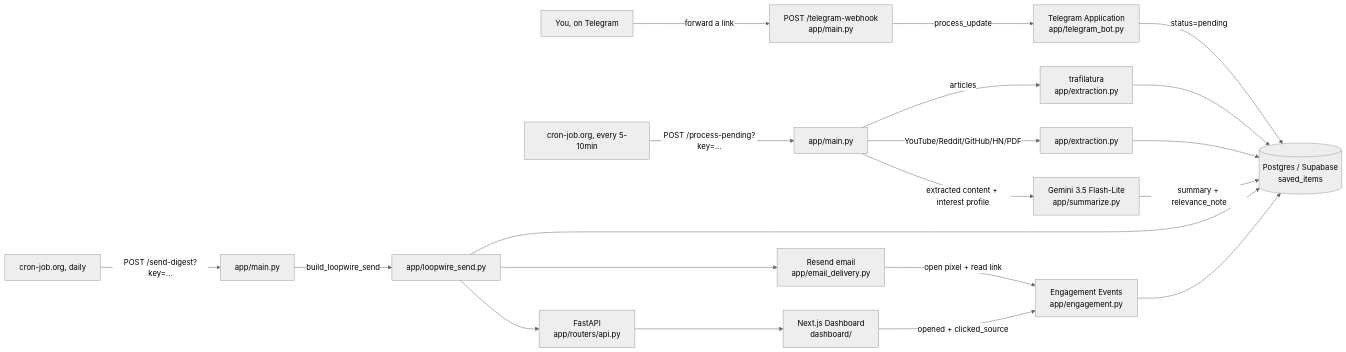
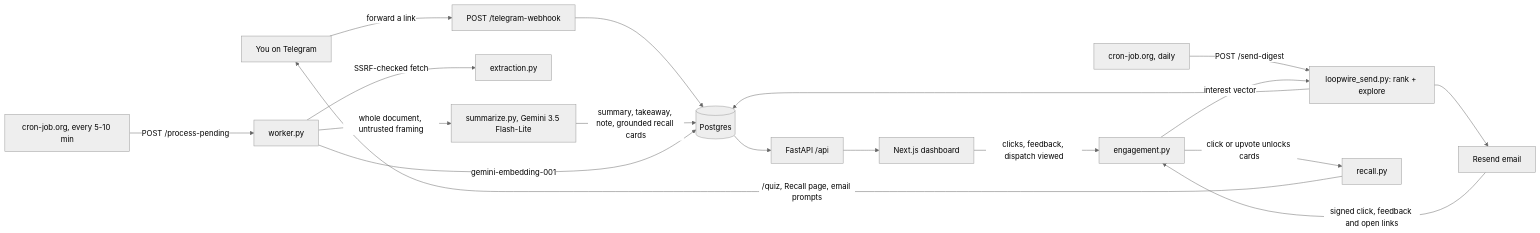
One commit to het2576/LoopWire changed the diagram in README.md. Above: the diagram before and after it, drawn with Mermaid (neutral theme). The commit also changed other lines of this file and 7 other files, not shown here.

````diff
--- a/README.md
+++ b/README.md
@@ -182,25 +250,22 @@
 ```mermaid
 flowchart LR
-    U[You, on Telegram] -->|forward a link| WH[POST /telegram-webhook<br/>app/main.py]
-    WH -->|process_update| TG[Telegram Application<br/>app/telegram_bot.py]
-    TG -->|status=pending| DB[(Postgres / Supabase<br/>saved_items)]
+    U[You on Telegram] -->|forward a link| WH[POST /telegram-webhook]
+    WH --> DB[(Postgres)]
 
-    CRONP[cron-job.org, every 5-10min] -->|POST /process-pending?key=...| PP[app/main.py]
-    PP -->|articles| EX1[trafilatura<br/>app/extraction.py]
-    PP -->|YouTube/Reddit/GitHub/HN/PDF| EX2[app/extraction.py]
-    EX1 --> DB
-    EX2 --> DB
-    PP -->|extracted content + interest profile| SUM[Gemini 3.5 Flash-Lite<br/>app/summarize.py]
-    SUM -->|summary + relevance_note| DB
+    CRONP[cron-job.org, every 5-10 min] -->|POST /process-pending| PP[worker.py]
+    PP -->|SSRF-checked fetch| EX[extraction.py]
+    PP -->|whole document, untrusted framing| SUM[summarize.py, Gemini 3.5 Flash-Lite]
+    SUM -->|summary, takeaway, note, grounded recall cards| DB
+    PP -->|gemini-embedding-001| DB
 
-    CRONS[cron-job.org, daily] -->|POST /send-digest?key=...| SENDEP[app/main.py]
-    SENDEP -->|build_loopwire_send| SEND[app/loopwire_send.py]
+    CRONS[cron-job.org, daily] -->|POST /send-digest| SEND[loopwire_send.py: rank + explore]
     SEND --> DB
-    SEND --> EMAIL[Resend email<br/>app/email_delivery.py]
-    SEND --> API[FastAPI<br/>app/routers/api.py]
-    API --> WEB[Next.js Dashboard<br/>dashboard/]
+    SEND --> EMAIL[Resend email]
+    DB --> API[FastAPI /api] --> WEB[Next.js dashboard]
 
-    EMAIL -->|open pixel + read link| ENG[Engagement Events<br/>app/engagement.py]
-    WEB -->|opened + clicked_source| ENG
-    ENG --> DB
+    EMAIL -->|signed click, feedback and open links| ENG[engagement.py]
+    WEB -->|clicks, feedback, dispatch viewed| ENG
+    ENG -->|interest vector| SEND
+    ENG -->|click or upvote unlocks cards| RC[recall.py]
+    RC -->|/quiz, Recall page, email prompts| U
 ```
````
